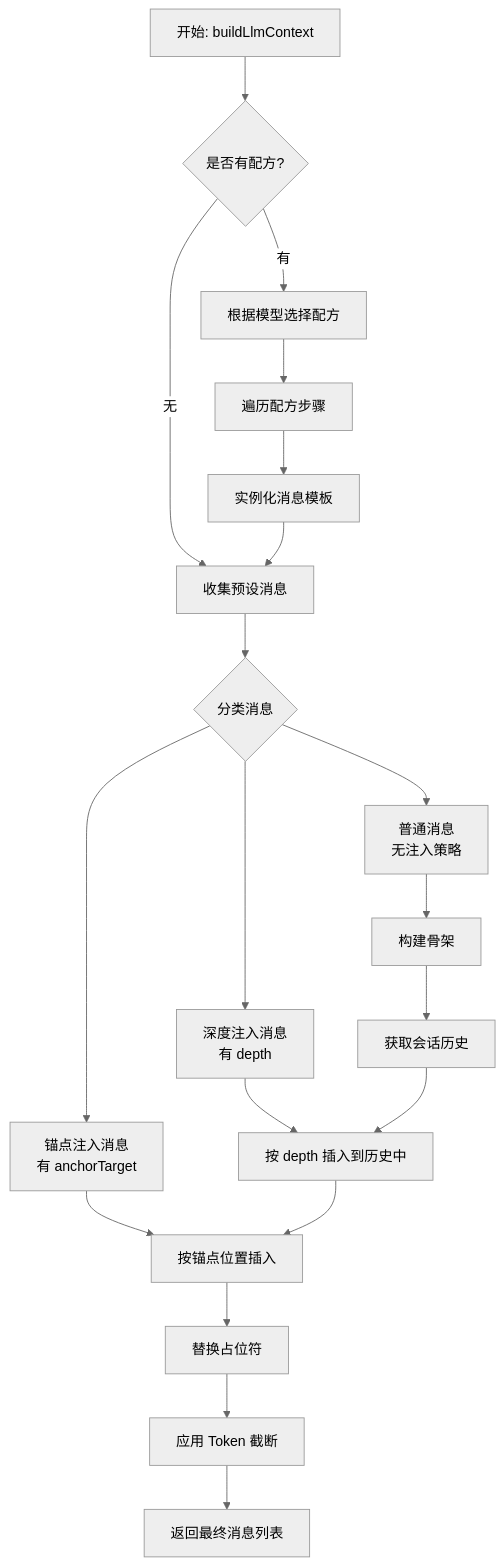
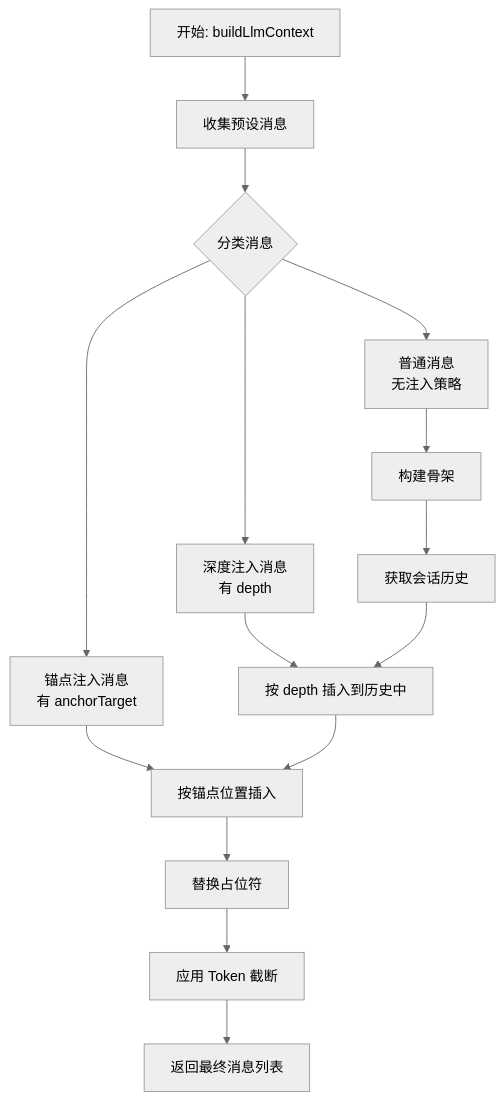
The diagram in src/tools/llm-chat/design/context-injection-architecture.md (miaotouy/aio-hub), drawn with Mermaid (neutral theme) before and after one commit. The commit also changed other lines of this file, not shown here.

First line of the commit message:
docs(llm-chat): 简化LLM上下文注入机制设计

````diff
--- a/src/tools/llm-chat/design/context-injection-architecture.md
+++ b/src/tools/llm-chat/design/context-injection-architecture.md
@@ -206,29 +115,22 @@
 ```mermaid
 graph TD
-    A[开始: buildLlmContext] --> A1{是否有配方?}
-    A1 -- 有 --> B1[根据模型选择配方]
-    A1 -- 无 --> B[收集预设消息]
-    
-    B1 --> B2[遍历配方步骤]
-    B2 --> B3[实例化消息模板]
-    B3 --> B[收集预设消息]
-    
+    A[开始: buildLlmContext] --> B[收集预设消息]
     B --> C{分类消息}
 
     C --> D[普通消息<br>无注入策略]
     C --> E[深度注入消息<br>有 depth]
     C --> F[锚点注入消息<br>有 anchorTarget]
 
     D --> G[构建骨架]
     G --> H[获取会话历史]
 
     E --> I[按 depth 插入到历史中]
     H --> I
 
     F --> J[按锚点位置插入]
     I --> J
 
     J --> K[替换占位符]
     K --> L[应用 Token 截断]
     L --> M[返回最终消息列表]
 ```
````
